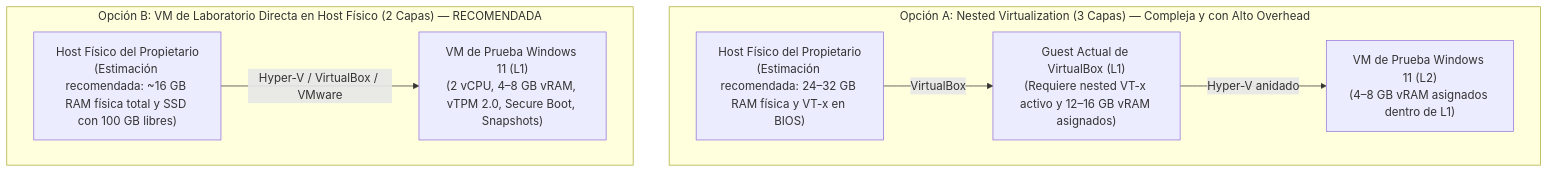
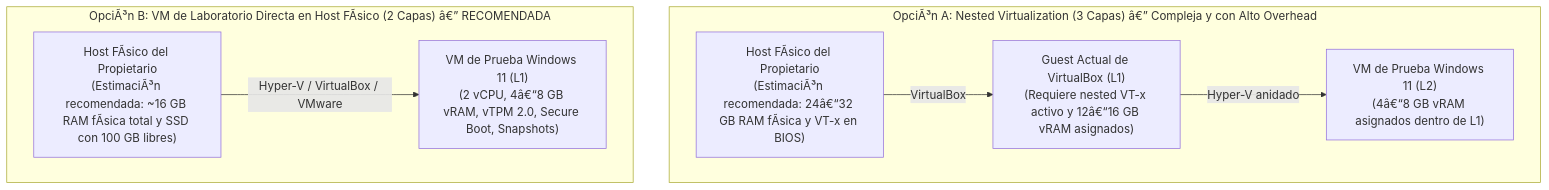
One commit to cristianbarreiro/PrivGuard changed the diagram in docs/reports/INFORME-FASE-8B1A7_2-READINESS-REBASELINE.md. Above: the diagram before and after it, drawn with Mermaid. The commit also changed other lines of this file and 9 other files, not shown here.

````diff
--- a/docs/reports/INFORME-FASE-8B1A7_2-READINESS-REBASELINE.md
+++ b/docs/reports/INFORME-FASE-8B1A7_2-READINESS-REBASELINE.md
@@ -523,16 +523,16 @@
 ```mermaid
 flowchart TD
-    subgraph TopologiaA ["Opción A: Nested Virtualization (3 Capas) — Compleja y con Alto Overhead"]
-        L0_A["Host Físico del Propietario<br/>(Estimación recomendada: 24–32 GB RAM física y VT-x en BIOS)"]
-        L1_A["Guest Actual de VirtualBox (L1)<br/>(Requiere nested VT-x activo y 12–16 GB vRAM asignados)"]
-        L2_A["VM de Prueba Windows 11 (L2)<br/>(4–8 GB vRAM asignados dentro de L1)"]
+    subgraph TopologiaA ["OpciÃ³n A: Nested Virtualization (3 Capas) â€” Compleja y con Alto Overhead"]
+        L0_A["Host FÃ­sico del Propietario<br/>(EstimaciÃ³n recomendada: 24â€“32 GB RAM fÃ­sica y VT-x en BIOS)"]
+        L1_A["Guest Actual de VirtualBox (L1)<br/>(Requiere nested VT-x activo y 12â€“16 GB vRAM asignados)"]
+        L2_A["VM de Prueba Windows 11 (L2)<br/>(4â€“8 GB vRAM asignados dentro de L1)"]
         L0_A -->|VirtualBox| L1_A
         L1_A -->|Hyper-V anidado| L2_A
     end
 
-    subgraph TopologiaB ["Opción B: VM de Laboratorio Directa en Host Físico (2 Capas) — RECOMENDADA"]
-        L0_B["Host Físico del Propietario<br/>(Estimación recomendada: ~16 GB RAM física total y SSD con 100 GB libres)"]
-        L1_B["VM de Prueba Windows 11 (L1)<br/>(2 vCPU, 4–8 GB vRAM, vTPM 2.0, Secure Boot, Snapshots)"]
+    subgraph TopologiaB ["OpciÃ³n B: VM de Laboratorio Directa en Host FÃ­sico (2 Capas) â€” RECOMENDADA"]
+        L0_B["Host FÃ­sico del Propietario<br/>(EstimaciÃ³n recomendada: ~16 GB RAM fÃ­sica total y SSD con 100 GB libres)"]
+        L1_B["VM de Prueba Windows 11 (L1)<br/>(2 vCPU, 4â€“8 GB vRAM, vTPM 2.0, Secure Boot, Snapshots)"]
         L0_B -->|Hyper-V / VirtualBox / VMware| L1_B
     end
 ```
````
